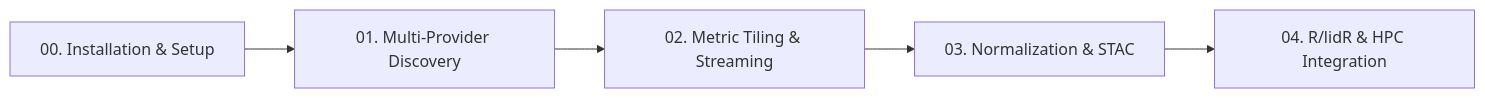
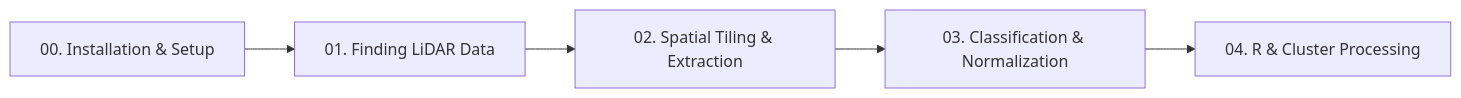
The diagram in tutorials/README.md (cms-2024-hudak/als-finder), drawn with Mermaid before and after one commit. The commit also changed other lines of this file and 3 other files, not shown here.

````diff
--- a/tutorials/README.md
+++ b/tutorials/README.md
@@ -23,7 +9,7 @@
 ```mermaid
 graph LR
-    T0[00. Installation & Setup] --> T1[01. Multi-Provider Discovery]
-    T1 --> T2[02. Metric Tiling & Streaming]
-    T2 --> T3[03. Normalization & STAC]
-    T3 --> T4[04. R/lidR & HPC Integration]
+    T0[00. Installation & Setup] --> T1[01. Finding LiDAR Data]
+    T1 --> T2[02. Spatial Tiling & Extraction]
+    T2 --> T3[03. Classification & Normalization]
+    T3 --> T4[04. R & Cluster Processing]
 ```
````
